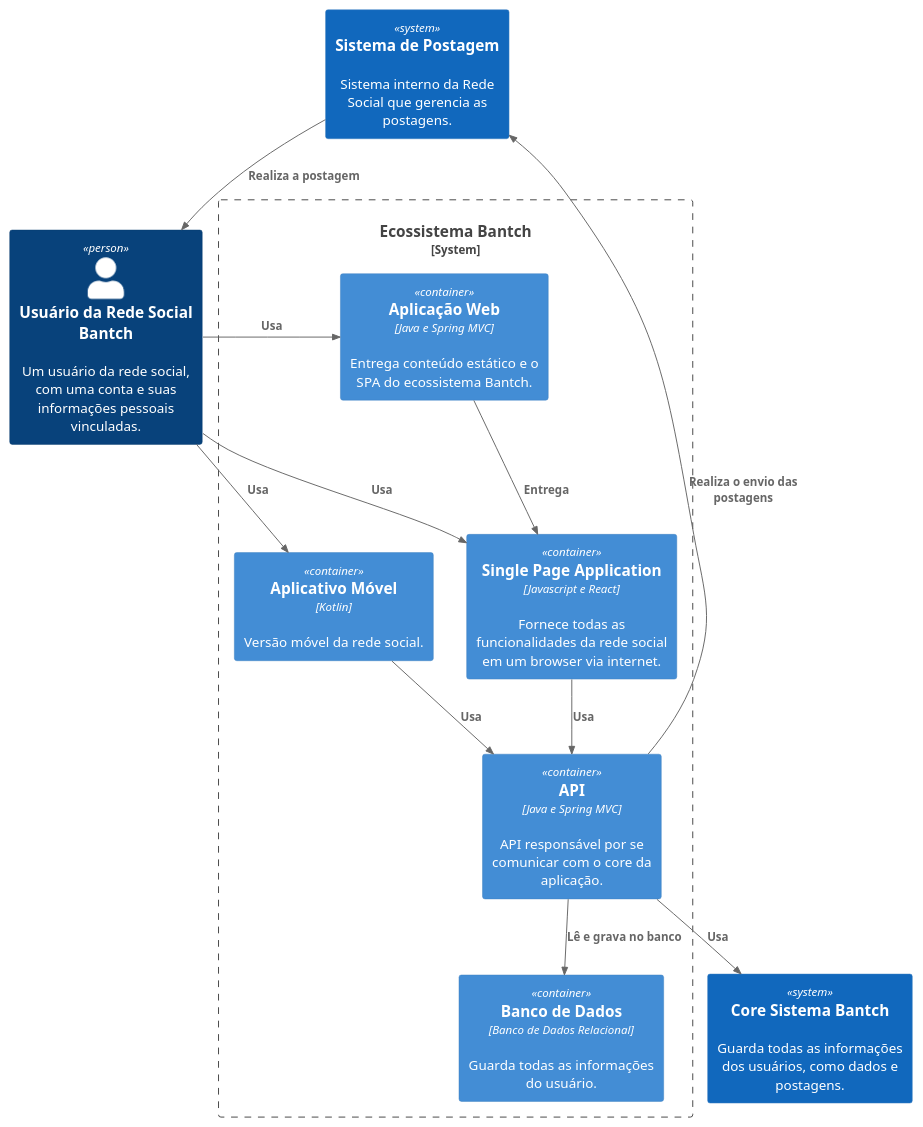
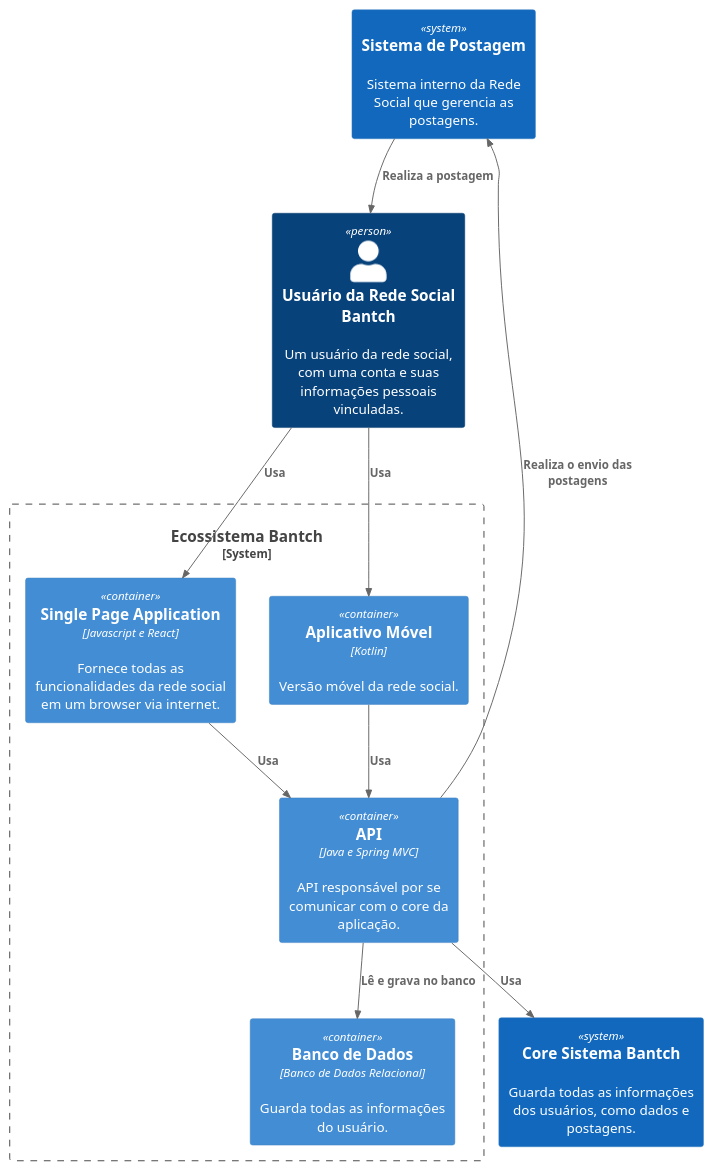
Before and after one commit to andredias20/UTFPR-Bantch-C4Builder: the diagram in src/Bantch/system.puml, drawn with PlantUML.

Commit message:
Remove: Sistema Web

```diff
--- a/src/Bantch/system.puml
+++ b/src/Bantch/system.puml
@@ -1,27 +1,24 @@
 @startuml
 !include https://raw.githubusercontent.com/adrianvlupu/C4-PlantUML/latest/C4_Container.puml
 
 Person(ubnt, "Usuário da Rede Social Bantch", "Um usuário da rede social, com uma conta e suas informações pessoais vinculadas.")
 System(sp, "Sistema de Postagem", "Sistema interno da Rede Social que gerencia as postagens.")
 System(msb, "Core Sistema Bantch", "Guarda todas as informações dos usuários, como dados e postagens.")
 
 System_Boundary(ecob, "Ecossistema Bantch") {
-    Container(aw, "Aplicação Web", "Java e Spring MVC", "Entrega conteúdo estático e o SPA do ecossistema Bantch.")
     Container(spa, "Single Page Application", "Javascript e React", "Fornece todas as funcionalidades da rede social em um browser via internet.")
     Container(am, "Aplicativo Móvel", "Kotlin", "Versão móvel da rede social.")
     Container(bd, "Banco de Dados", "Banco de Dados Relacional", "Guarda todas as informações do usuário.")
     Container(api, "API", "Java e Spring MVC", "API responsável por se comunicar com o core da aplicação.")
 
     Rel(api, sp, "Realiza o envio das postagens")
     Rel(api, msb, "Usa")
     Rel(api, bd, "Lê e grava no banco")
-    Rel(aw, spa, "Entrega")
     Rel(spa, api, "Usa")
     Rel(am, api, "Usa")
 }
 
-Rel(ubnt, aw, "Usa")
 Rel(ubnt, spa, "Usa")
 Rel(ubnt, am, "Usa")
 Rel(sp, ubnt, "Realiza a postagem")
 @enduml
```
